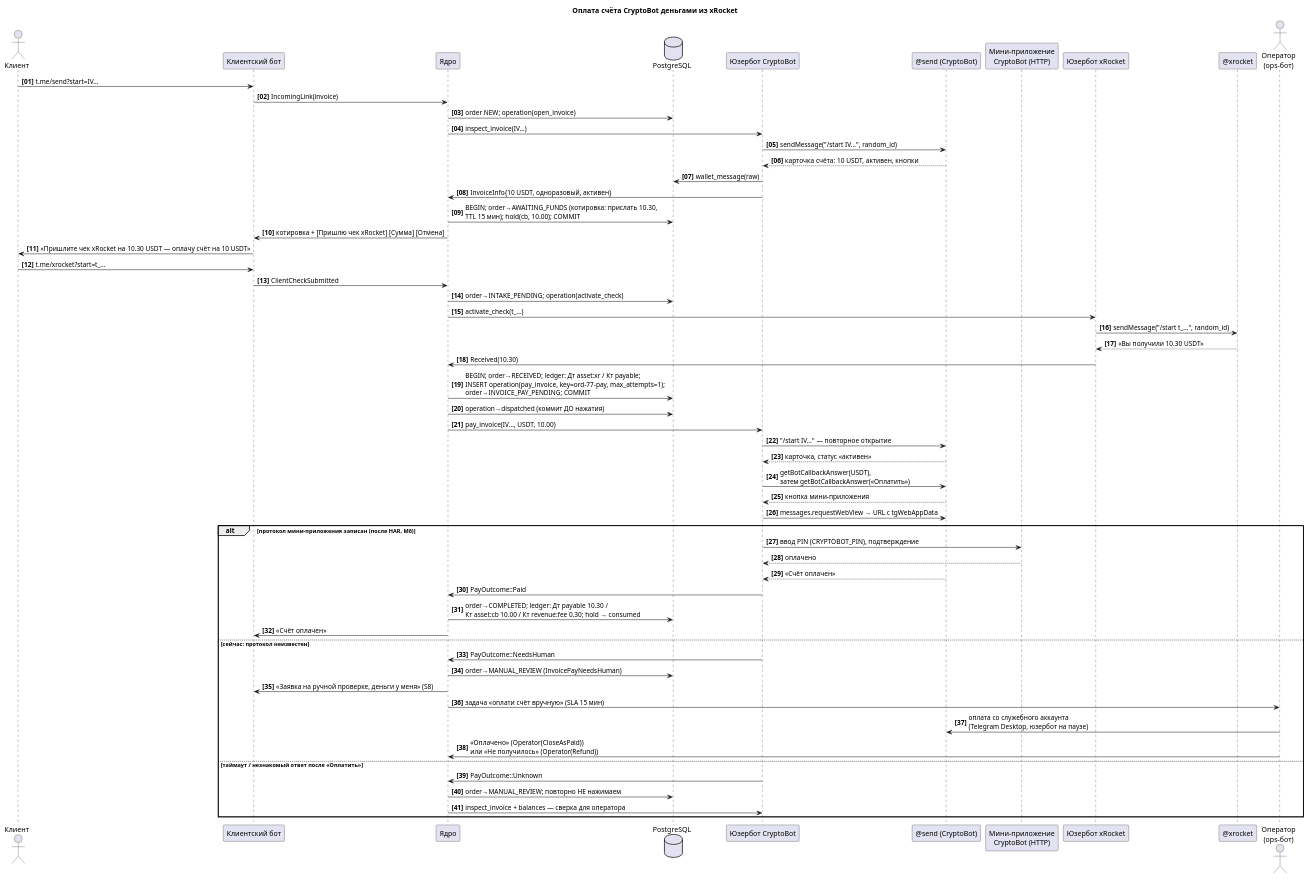
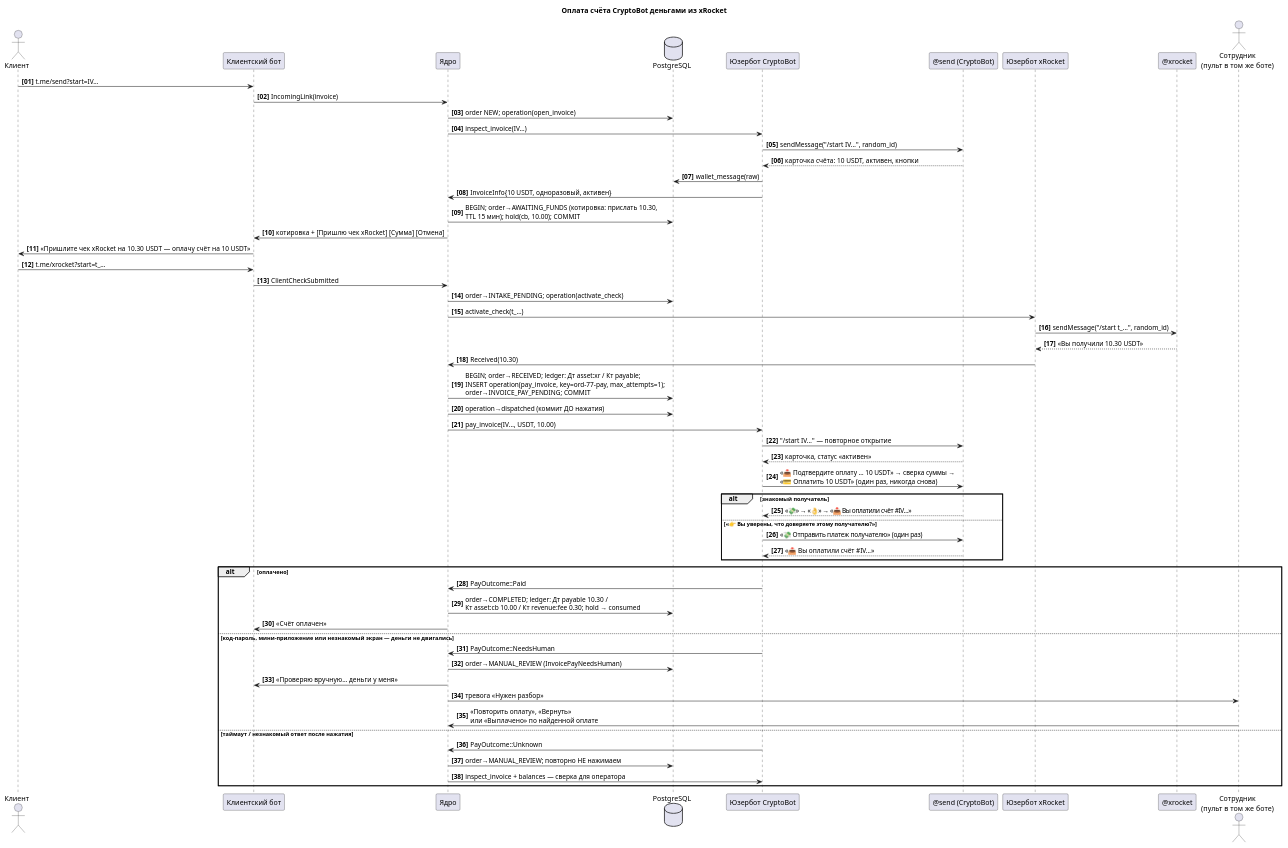
Before and after one commit to Nacebara/webquest: the diagram in exchanger/diagrams/07-sequence-invoice-payment.puml, drawn with PlantUML. The commit also changed 12 other files, not shown here.

First line of the commit message:
diagrams: sources match the code again; pictures marked as outdated (Р-19.2)

```diff
--- a/exchanger/diagrams/07-sequence-invoice-payment.puml
+++ b/exchanger/diagrams/07-sequence-invoice-payment.puml
@@ -1,67 +1,66 @@
 @startuml sequence-invoice-payment
 ' Последовательность: оплата счёта CryptoBot деньгами из xRocket (pay_cb_invoice, DESIGN-v0.2 Р4).
-' Клиент платит чеком; счёт оплачивает юзербот через мини-приложение с PIN.
-' Пока протокол мини-приложения не записан (HAR), исход — NeedsHuman и оператор.
+' Клиент платит чеком; счёт оплачивает юзербот кнопками в чате @send (Р4, Р12). Мини-приложений
+' не открываем, код-пароль не вводим никогда. Сверено с кодом 20.11.2026.
 skinparam shadowing false
 autonumber "<b>[00]"
 title Оплата счёта CryptoBot деньгами из xRocket
 
 actor "Клиент" as C
 participant "Клиентский бот" as BOT
 participant "Ядро" as CORE
 database "PostgreSQL" as DB
 participant "Юзербот CryptoBot" as UBC
 participant "@send (CryptoBot)" as SEND
-participant "Мини-приложение\nCryptoBot (HTTP)" as WEB
 participant "Юзербот xRocket" as UBX
 participant "@xrocket" as XRB
-actor "Оператор\n(ops-бот)" as OP
+actor "Сотрудник\n(пульт в том же боте)" as OP
 
 C -> BOT : t.me/send?start=IV…
 BOT -> CORE : IncomingLink(invoice)
 CORE -> DB : order NEW; operation(open_invoice)
 CORE -> UBC : inspect_invoice(IV…)
 UBC -> SEND : sendMessage("/start IV…", random_id)
 SEND --> UBC : карточка счёта: 10 USDT, активен, кнопки
 UBC -> DB : wallet_message(raw)
 UBC -> CORE : InvoiceInfo{10 USDT, одноразовый, активен}
 CORE -> DB : BEGIN; order→AWAITING_FUNDS (котировка: прислать 10.30,\nTTL 15 мин); hold(cb, 10.00); COMMIT
 CORE -> BOT : котировка + [Пришлю чек xRocket] [Сумма] [Отмена]
 BOT -> C : «Пришлите чек xRocket на 10.30 USDT — оплачу счёт на 10 USDT»
 
 C -> BOT : t.me/xrocket?start=t_…
 BOT -> CORE : ClientCheckSubmitted
 CORE -> DB : order→INTAKE_PENDING; operation(activate_check)
 CORE -> UBX : activate_check(t_…)
 UBX -> XRB : sendMessage("/start t_…", random_id)
 XRB --> UBX : «Вы получили 10.30 USDT»
 UBX -> CORE : Received(10.30)
 CORE -> DB : BEGIN; order→RECEIVED; ledger: Дт asset:xr / Кт payable;\nINSERT operation(pay_invoice, key=ord-77-pay, max_attempts=1);\norder→INVOICE_PAY_PENDING; COMMIT
 
 CORE -> DB : operation→dispatched (коммит ДО нажатия)
 CORE -> UBC : pay_invoice(IV…, USDT, 10.00)
 UBC -> SEND : "/start IV…" — повторное открытие
 SEND --> UBC : карточка, статус «активен»
-UBC -> SEND : getBotCallbackAnswer(USDT),\nзатем getBotCallbackAnswer(«Оплатить»)
-SEND --> UBC : кнопка мини-приложения
-UBC -> SEND : messages.requestWebView → URL с tgWebAppData
-alt протокол мини-приложения записан (после HAR, M6)
-  UBC -> WEB : ввод PIN (CRYPTOBOT_PIN), подтверждение
-  WEB --> UBC : оплачено
-  SEND --> UBC : «Счёт оплачен»
+UBC -> SEND : «📥 Подтвердите оплату … 10 USDT» → сверка суммы →\n«💳 Оплатить 10 USDT» (один раз, никогда снова)
+alt знакомый получатель
+  SEND --> UBC : «💸» → «👌» → «📥 Вы оплатили счёт #IV…»
+else «👉 Вы уверены, что доверяете этому получателю?»
+  UBC -> SEND : «💸 Отправить платеж получателю» (один раз)
+  SEND --> UBC : «📥 Вы оплатили счёт #IV…»
+end
+alt оплачено
   UBC -> CORE : PayOutcome::Paid
   CORE -> DB : order→COMPLETED; ledger: Дт payable 10.30 /\nКт asset:cb 10.00 / Кт revenue:fee 0.30; hold → consumed
   CORE -> BOT : «Счёт оплачен»
-else сейчас: протокол неизвестен
+else код-пароль, мини-приложение или незнакомый экран — деньги не двигались
   UBC -> CORE : PayOutcome::NeedsHuman
   CORE -> DB : order→MANUAL_REVIEW (InvoicePayNeedsHuman)
-  CORE -> BOT : «Заявка на ручной проверке, деньги у меня» (S8)
-  CORE -> OP : задача «оплати счёт вручную» (SLA 15 мин)
-  OP -> SEND : оплата со служебного аккаунта\n(Telegram Desktop, юзербот на паузе)
-  OP -> CORE : «Оплачено» (Operator(CloseAsPaid))\nили «Не получилось» (Operator(Refund))
-else таймаут / незнакомый ответ после «Оплатить»
+  CORE -> BOT : «Проверяю вручную… деньги у меня»
+  CORE -> OP : тревога «Нужен разбор»
+  OP -> CORE : «Повторить оплату», «Вернуть»\nили «Выплачено» по найденной оплате
+else таймаут / незнакомый ответ после нажатия
   UBC -> CORE : PayOutcome::Unknown
   CORE -> DB : order→MANUAL_REVIEW; повторно НЕ нажимаем
   CORE -> UBC : inspect_invoice + balances — сверка для оператора
 end
 @enduml
```
